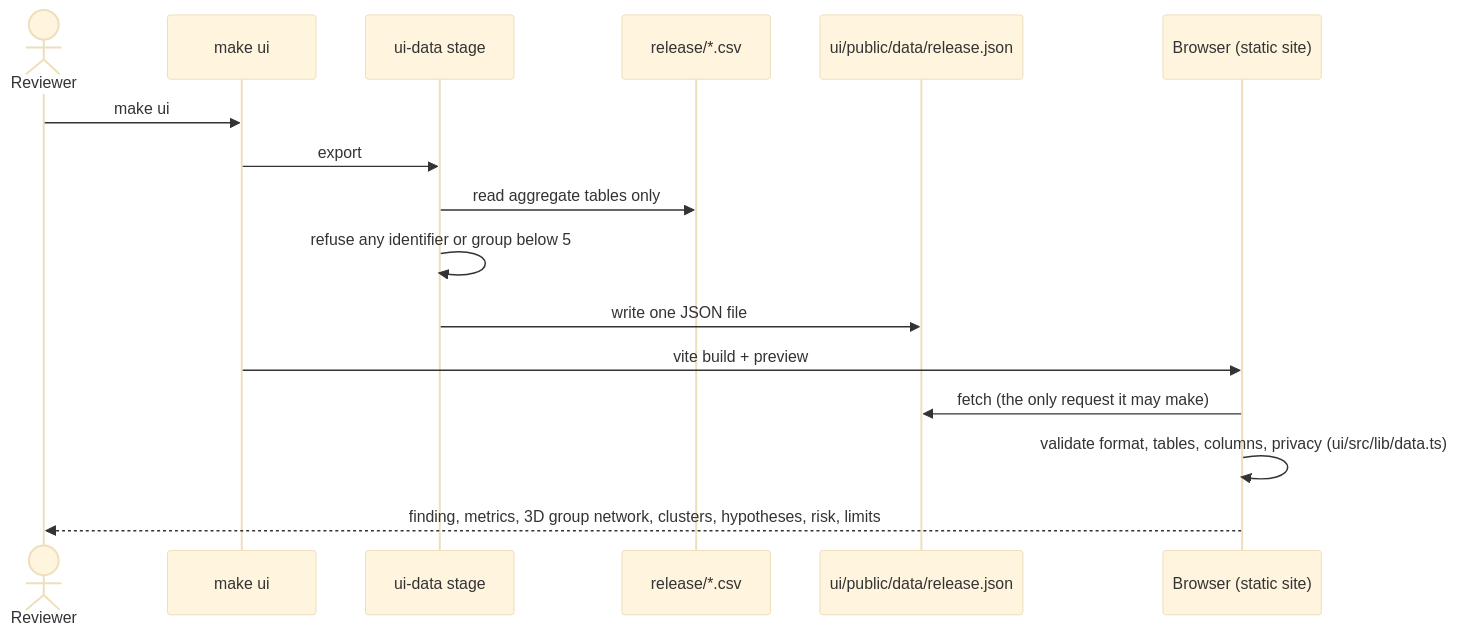
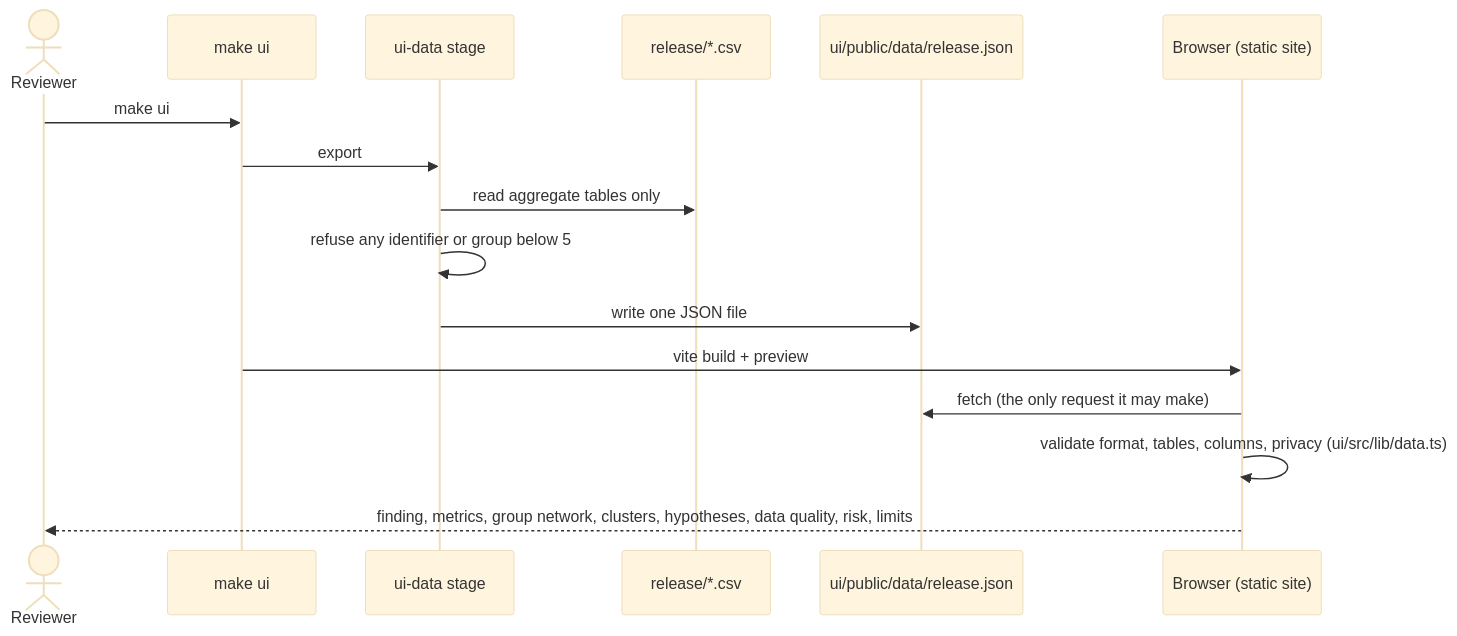
Before and after one commit to marcusvieira88/network-science: the fourth of 8 diagrams in docs/technical-overview.md, drawn with Mermaid (base theme). The commit also changed other lines of this file and 17 other files, not shown here.

````diff
--- a/docs/technical-overview.md
+++ b/docs/technical-overview.md
@@ -241,18 +243,18 @@
 ```mermaid
 sequenceDiagram
     actor U as Reviewer
     participant M as make ui
     participant X as ui-data stage
     participant R as release/*.csv
     participant J as ui/public/data/release.json
     participant B as Browser (static site)
     U->>M: make ui
     M->>X: export
     X->>R: read aggregate tables only
     X->>X: refuse any identifier or group below 5
     X->>J: write one JSON file
     M->>B: vite build + preview
     B->>J: fetch (the only request it may make)
     B->>B: validate format, tables, columns, privacy (ui/src/lib/data.ts)
-    B-->>U: finding, metrics, 3D group network, clusters, hypotheses, risk, limits
+    B-->>U: finding, metrics, group network, clusters, hypotheses, data quality, risk, limits
 ```
````
